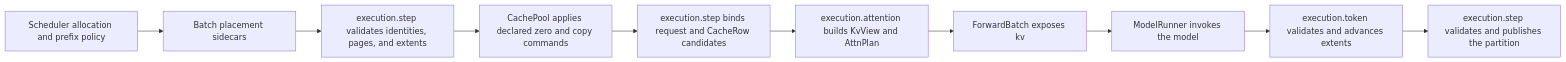
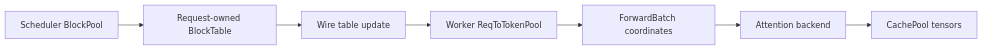
The diagram in docs/kv-cache-management.md (hao-ai-lab/uniserve), drawn with Mermaid before and after one commit. The commit also changed other lines of this file and 86 other files, not shown here.

````diff
--- a/docs/kv-cache-management.md
+++ b/docs/kv-cache-management.md
@@ -42,12 +49,9 @@
 ```mermaid
 flowchart LR
-    S["Scheduler allocation and prefix policy"] --> P["Batch placement sidecars"]
-    P --> V["execution.step validates identities, pages, and extents"]
-    V --> Z["CachePool applies declared zero and copy commands"]
-    Z --> R["execution.step binds request and CacheRow candidates"]
-    R --> A["execution.attention builds KvView and AttnPlan"]
-    A --> F["ForwardBatch exposes kv"]
-    F --> M["ModelRunner invokes the model"]
-    M --> E["execution.token validates and advances extents"]
-    E --> C["execution.step validates and publishes the partition"]
+    S["Scheduler BlockPool"] --> T["Request-owned BlockTable"]
+    T --> W["Wire table update"]
+    W --> R["Worker ReqToTokenPool"]
+    R --> F["ForwardBatch coordinates"]
+    F --> A["Attention backend"]
+    A --> C["CachePool tensors"]
 ```
````
